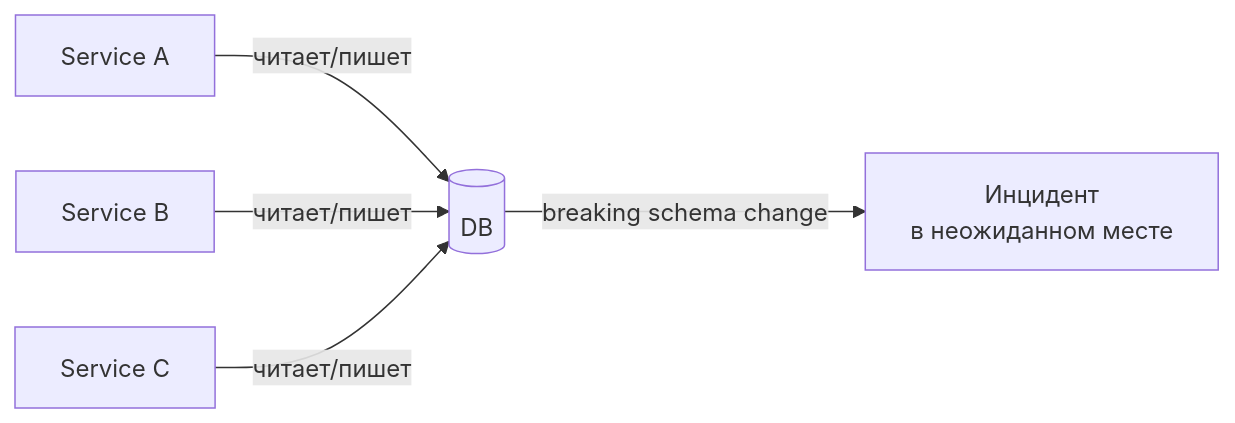
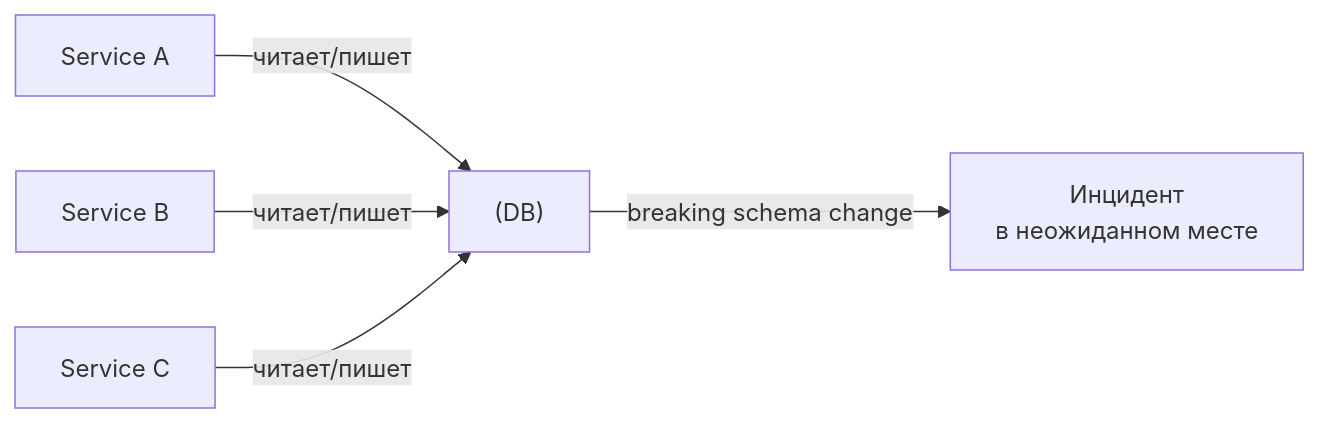
Before and after one commit to DDoSKudya/ai-study-atlas: the fourth of 5 diagrams in directions/architecture/pact/33_antipatterny_i_kriterii_vybora_arkhitektury/02_33_2_tipichnye_oshibki.md, drawn with Mermaid. The commit also changed other lines of this file and 322 other files, not shown here.

Commit message:
fix(docs): make mermaid diagrams GitHub-compatible across directions content

````diff
--- a/directions/architecture/pact/33_antipatterny_i_kriterii_vybora_arkhitektury/02_33_2_tipichnye_oshibki.md
+++ b/directions/architecture/pact/33_antipatterny_i_kriterii_vybora_arkhitektury/02_33_2_tipichnye_oshibki.md
@@ -349,7 +349,7 @@
 ```mermaid
 flowchart LR
-  A[Service A] -->|читает/пишет| DB[(DB)]
-  B[Service B] -->|читает/пишет| DB
-  C[Service C] -->|читает/пишет| DB
-  DB -->|breaking schema change| X[Инцидент\nв неожиданном месте]
+  A["Service A"] -->|читает/пишет| DB["(DB)"]
+  B["Service B"] -->|читает/пишет| DB
+  C["Service C"] -->|читает/пишет| DB
+  DB -->|breaking schema change| X["Инцидент\nв неожиданном месте"]
 ```
````
